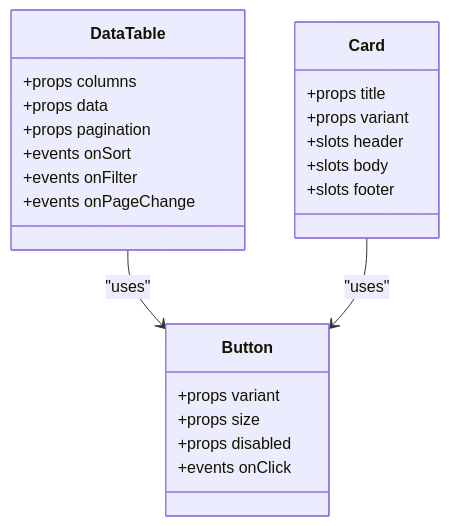
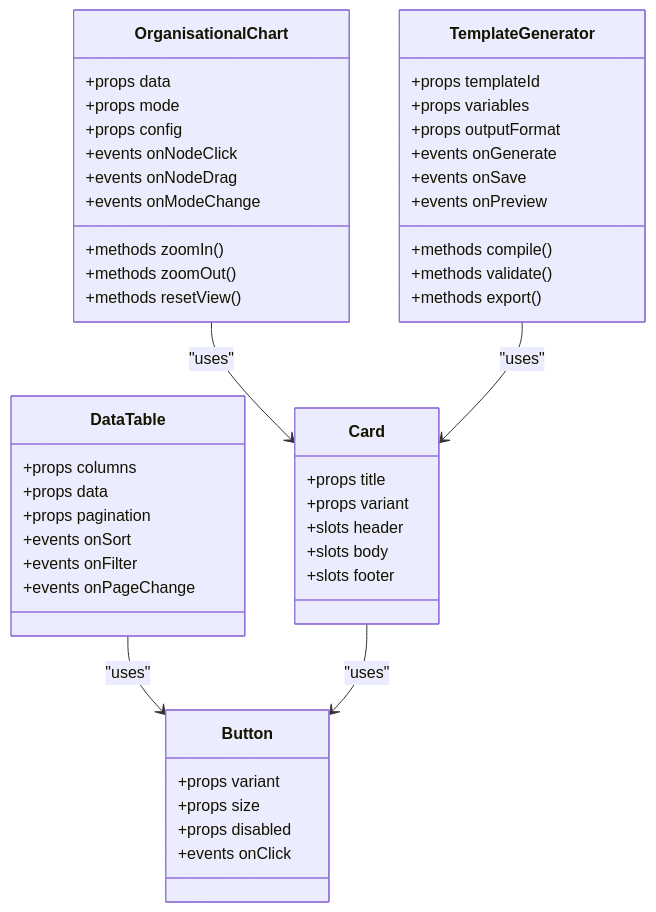
The seventh of 11 diagrams in .qoder/repowiki/en/content/System Architecture/Frontend Architecture/Component Architecture/Component Architecture.md (franckylab/eLISAschool), drawn with Mermaid before and after one commit. The commit also changed other lines of this file and 35 other files, not shown here.

First line of the commit message:
refactor(configuration): redistribuer la gestion de la configuration vers architecture distribuée

````diff
--- a/.qoder/repowiki/en/content/System Architecture/Frontend Architecture/Component Architecture/Component Architecture.md
+++ b/.qoder/repowiki/en/content/System Architecture/Frontend Architecture/Component Architecture/Component Architecture.md
@@ -160,26 +476,50 @@
 ```mermaid
 classDiagram
 class DataTable {
 +props columns
 +props data
 +props pagination
 +events onSort
 +events onFilter
 +events onPageChange
 }
 class Card {
 +props title
 +props variant
 +slots header
 +slots body
 +slots footer
 }
 class Button {
 +props variant
 +props size
 +props disabled
 +events onClick
 }
+class OrganisationalChart {
++props data
++props mode
++props config
++events onNodeClick
++events onNodeDrag
++events onModeChange
++methods zoomIn()
++methods zoomOut()
++methods resetView()
+}
+class TemplateGenerator {
++props templateId
++props variables
++props outputFormat
++events onGenerate
++events onSave
++events onPreview
++methods compile()
++methods validate()
++methods export()
+}
 DataTable --> Button : "uses"
 Card --> Button : "uses"
+OrganisationalChart --> Card : "uses"
+TemplateGenerator --> Card : "uses"
 ```
````
